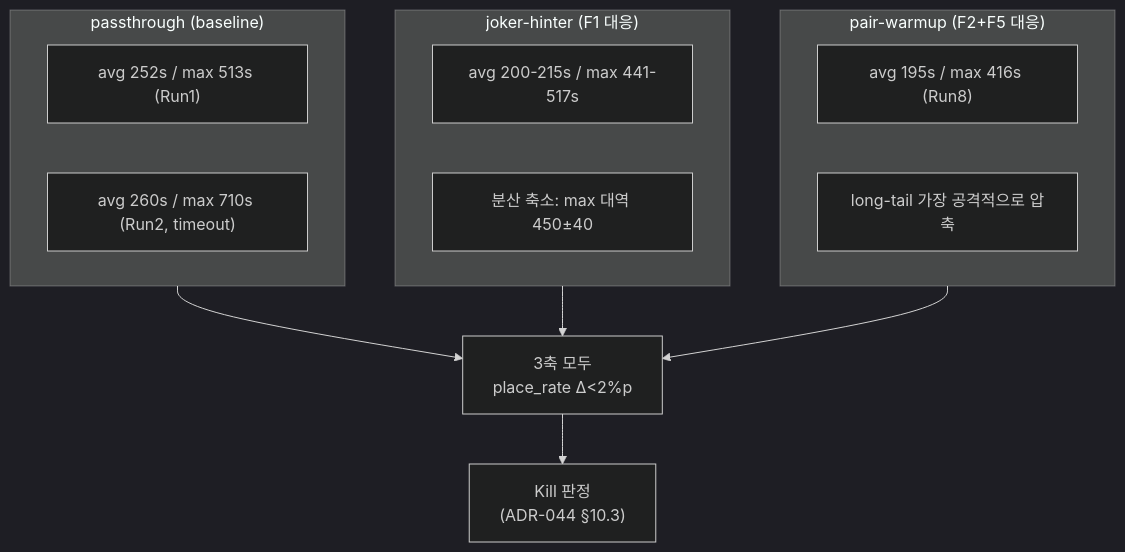
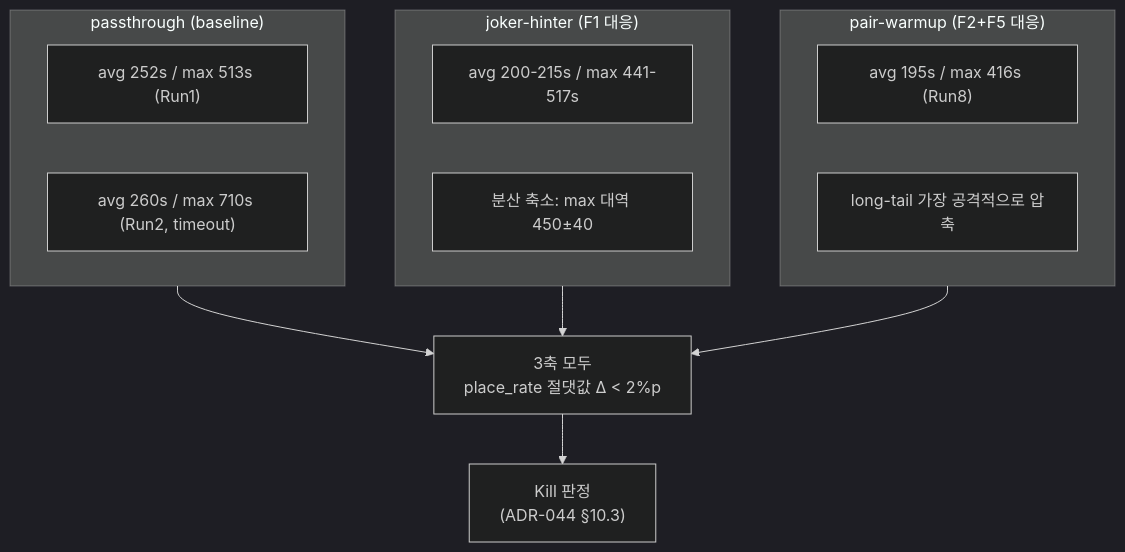
One commit to k82022603/RummiArena changed the first of 4 diagrams in docs/04-testing/63-v6-shaper-final-report.md. Above: the diagram before and after it, drawn with Mermaid (dark theme). The commit also changed other lines of this file, not shown here.

First line of the commit message:
fix(testing): 리포트 63 Mermaid 렌더링 수정

````diff
--- a/docs/04-testing/63-v6-shaper-final-report.md
+++ b/docs/04-testing/63-v6-shaper-final-report.md
@@ -277,19 +277,19 @@
 ```mermaid
 flowchart TB
     subgraph PT["passthrough (baseline)"]
         PT1["avg 252s / max 513s (Run1)"]
         PT2["avg 260s / max 710s (Run2, timeout)"]
     end
     subgraph JH["joker-hinter (F1 대응)"]
         JH1["avg 200-215s / max 441-517s"]
         JH2["분산 축소: max 대역 450±40"]
     end
     subgraph PW["pair-warmup (F2+F5 대응)"]
         PW1["avg 195s / max 416s (Run8)"]
         PW2["long-tail 가장 공격적으로 압축"]
     end
-    PT --> Summary["3축 모두\nplace_rate Δ<2%p"]
+    PT --> Summary["3축 모두<br/>place_rate 절댓값 Δ &lt; 2%p"]
     JH --> Summary
     PW --> Summary
-    Summary --> Verdict["Kill 판정\n(ADR-044 §10.3)"]
+    Summary --> Verdict["Kill 판정<br/>(ADR-044 §10.3)"]
 ```
````
